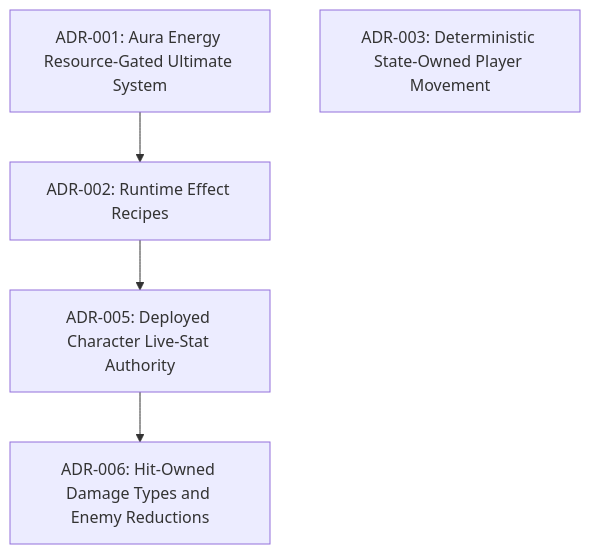
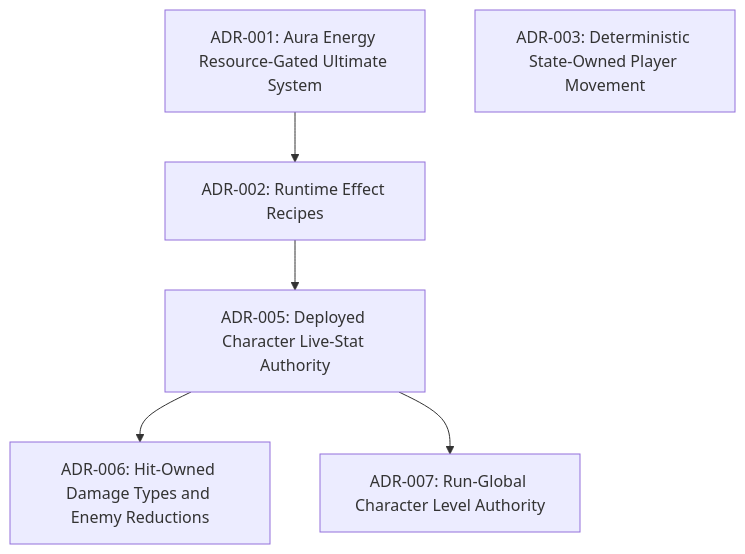
Before and after one commit to NattaponKhuenkeaw/Thesis_: the diagram in Docs_JJK/3_Outputs/ADRs/README.md, drawn with Mermaid. The commit also changed other lines of this file and 29 other files, not shown here.

First line of the commit message:
feat(progression): implement run-global character level authority

````diff
--- a/Docs_JJK/3_Outputs/ADRs/README.md
+++ b/Docs_JJK/3_Outputs/ADRs/README.md
@@ -7,11 +7,13 @@
 ```mermaid
 graph TD
     ADR001["ADR-001: Aura Energy Resource-Gated Ultimate System"]
     ADR002["ADR-002: Runtime Effect Recipes"]
     ADR003["ADR-003: Deterministic State-Owned Player Movement"]
     ADR005["ADR-005: Deployed Character Live-Stat Authority"]
     ADR006["ADR-006: Hit-Owned Damage Types and Enemy Reductions"]
+    ADR007["ADR-007: Run-Global Character Level Authority"]
     ADR001 --> ADR002
     ADR002 --> ADR005
     ADR005 --> ADR006
+    ADR005 --> ADR007
 ```
````
